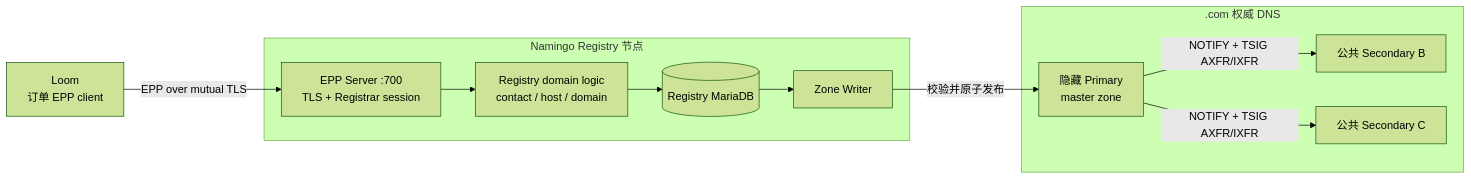
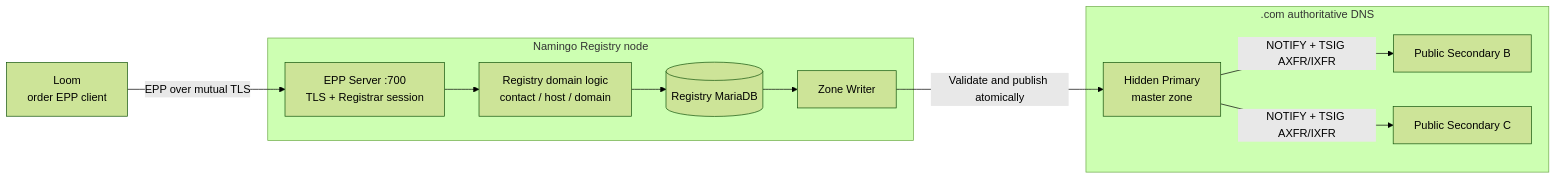
The first of 3 diagrams in tool-service/seedemu_tool_service/tools/dns/docs/NamingoRegistry.md (hhy123415/seedemu-agent-tools), drawn with Mermaid (forest theme) before and after one commit. The commit also changed other lines of this file and 4 other files, not shown here.

````diff
--- a/tool-service/seedemu_tool_service/tools/dns/docs/NamingoRegistry.md
+++ b/tool-service/seedemu_tool_service/tools/dns/docs/NamingoRegistry.md
@@ -7,24 +7,24 @@
 ```mermaid
 flowchart LR
-    loom["Loom<br/>订单 EPP client"]
+    loom["Loom<br/>order EPP client"]
 
-    subgraph registry_node["Namingo Registry 节点"]
+    subgraph registry_node["Namingo Registry node"]
         epp["EPP Server :700<br/>TLS + Registrar session"]
         logic["Registry domain logic<br/>contact / host / domain"]
         db[("Registry MariaDB")]
         writer["Zone Writer"]
     end
 
-    subgraph com_dns[".com 权威 DNS"]
-        hidden["隐藏 Primary<br/>master zone"]
-        secondary_b["公共 Secondary B"]
-        secondary_c["公共 Secondary C"]
+    subgraph com_dns[".com authoritative DNS"]
+        hidden["Hidden Primary<br/>master zone"]
+        secondary_b["Public Secondary B"]
+        secondary_c["Public Secondary C"]
     end
 
     loom -->|"EPP over mutual TLS"| epp
     epp --> logic --> db
     db --> writer
-    writer -->|"校验并原子发布"| hidden
+    writer -->|"Validate and publish atomically"| hidden
     hidden -->|"NOTIFY + TSIG AXFR/IXFR"| secondary_b
     hidden -->|"NOTIFY + TSIG AXFR/IXFR"| secondary_c
 ```
````
